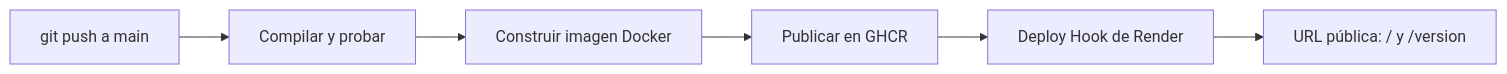
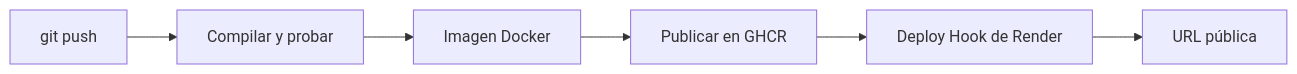
The diagram in ENTREGA.md (julianpulidoc/acm_ecommerce_java_avanzado), drawn with Mermaid before and after one commit. The commit also changed other lines of this file, not shown here.

````diff
--- a/ENTREGA.md
+++ b/ENTREGA.md
@@ -37,8 +17,8 @@
 ```mermaid
 flowchart LR
-    A[git push a main] --> B[Compilar y probar]
-    B --> C[Construir imagen Docker]
+    A[git push] --> B[Compilar y probar]
+    B --> C[Imagen Docker]
     C --> D[Publicar en GHCR]
     D --> E[Deploy Hook de Render]
-    E --> F[URL pública: / y /version]
+    E --> F[URL pública]
 ```
````
